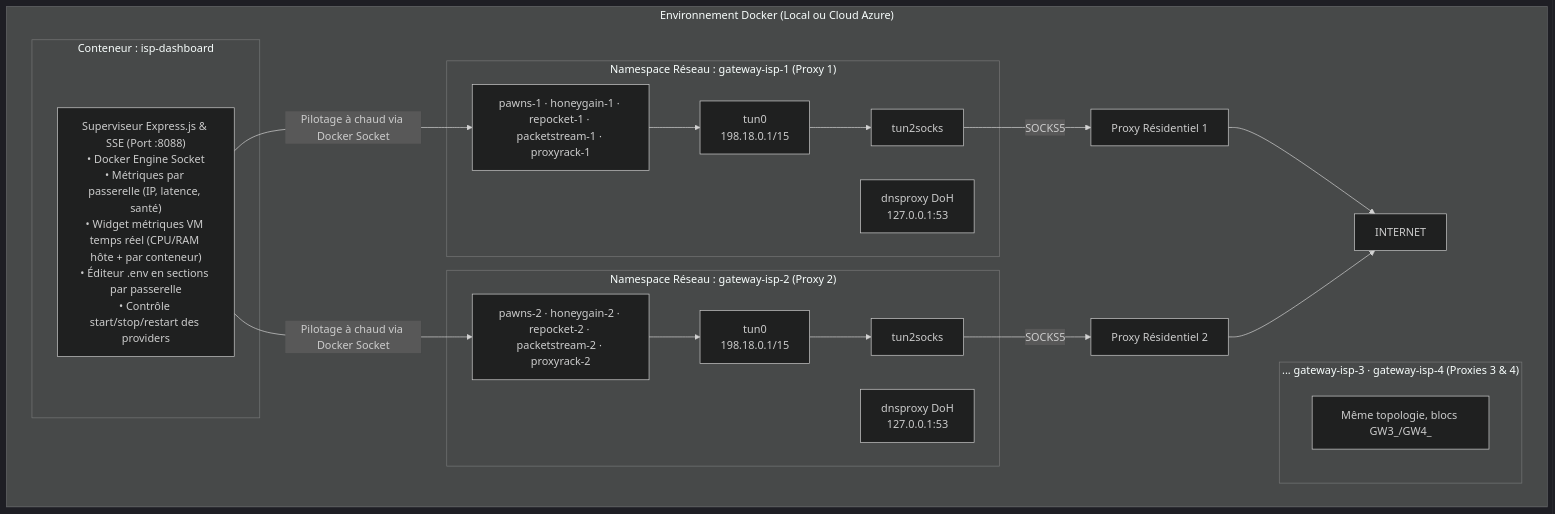
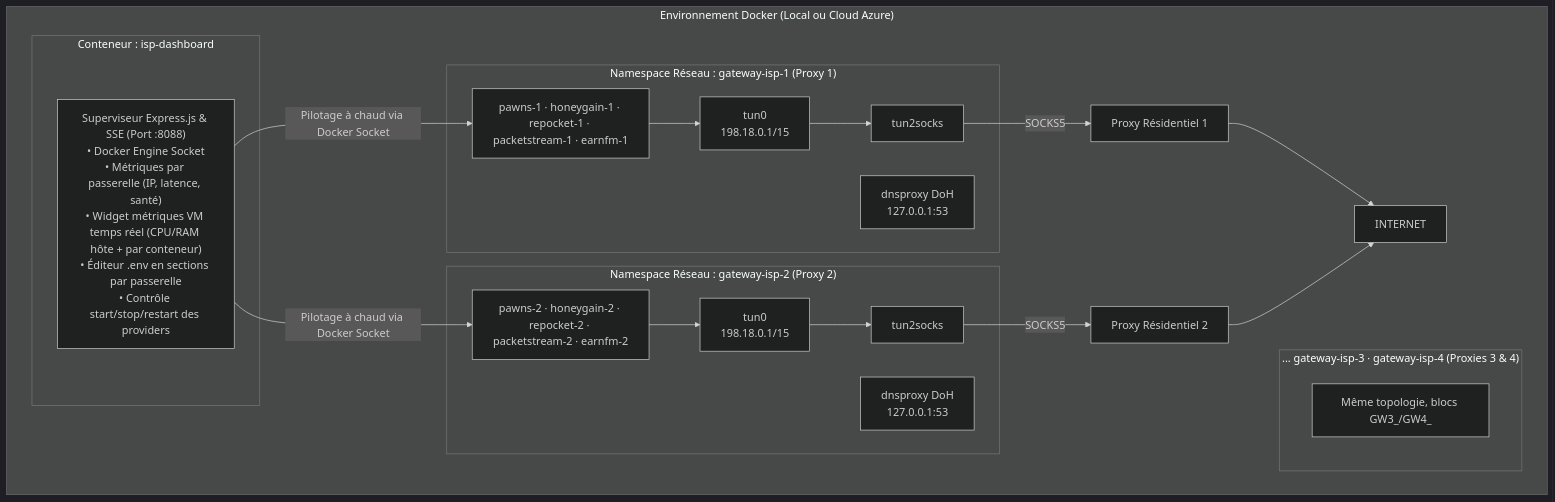
The diagram in README.md (ki2pixel/proxy_docker), drawn with Mermaid (dark theme) before and after one commit. The commit also changed other lines of this file and 26 other files, not shown here.

````diff
--- a/README.md
+++ b/README.md
@@ -11,32 +11,32 @@
 ```mermaid
 graph TD
     subgraph Docker ["Environnement Docker (Local ou Cloud Azure)"]
         subgraph GW1 ["Namespace Réseau : gateway-isp-1 (Proxy 1)"]
             TUN1["tun0<br>198.18.0.1/15"] --> T2S1["tun2socks"]
             DOH1["dnsproxy DoH<br>127.0.0.1:53"]
-            P1["pawns-1 · honeygain-1 · repocket-1 · packetstream-1 · proxyrack-1"]
+            P1["pawns-1 · honeygain-1 · repocket-1 · packetstream-1 · earnfm-1"]
         end
         subgraph GW2 ["Namespace Réseau : gateway-isp-2 (Proxy 2)"]
             TUN2["tun0<br>198.18.0.1/15"] --> T2S2["tun2socks"]
             DOH2["dnsproxy DoH<br>127.0.0.1:53"]
-            P2["pawns-2 · honeygain-2 · repocket-2 · packetstream-2 · proxyrack-2"]
+            P2["pawns-2 · honeygain-2 · repocket-2 · packetstream-2 · earnfm-2"]
         end
         subgraph GW4 ["... gateway-isp-3 · gateway-isp-4 (Proxies 3 & 4)"]
             P4["Même topologie, blocs GW3_/GW4_"]
         end
 
         subgraph DashboardContainer ["Conteneur : isp-dashboard"]
             DASH["Superviseur Express.js & SSE (Port :8088)<br>• Docker Engine Socket<br>• Métriques par passerelle (IP, latence, santé)<br>• Widget métriques VM temps réel (CPU/RAM hôte + par conteneur)<br>• Éditeur .env en sections par passerelle<br>• Contrôle start/stop/restart des providers"]
         end
 
         UPSTREAM1["Proxy Résidentiel 1"] --> INTERNET
         UPSTREAM2["Proxy Résidentiel 2"] --> INTERNET
     end
 
     P1 --> TUN1
     P2 --> TUN2
     T2S1 -->|SOCKS5| UPSTREAM1
     T2S2 -->|SOCKS5| UPSTREAM2
     DASH -->|Pilotage à chaud via Docker Socket| P1
     DASH -->|Pilotage à chaud via Docker Socket| P2
 ```
````
